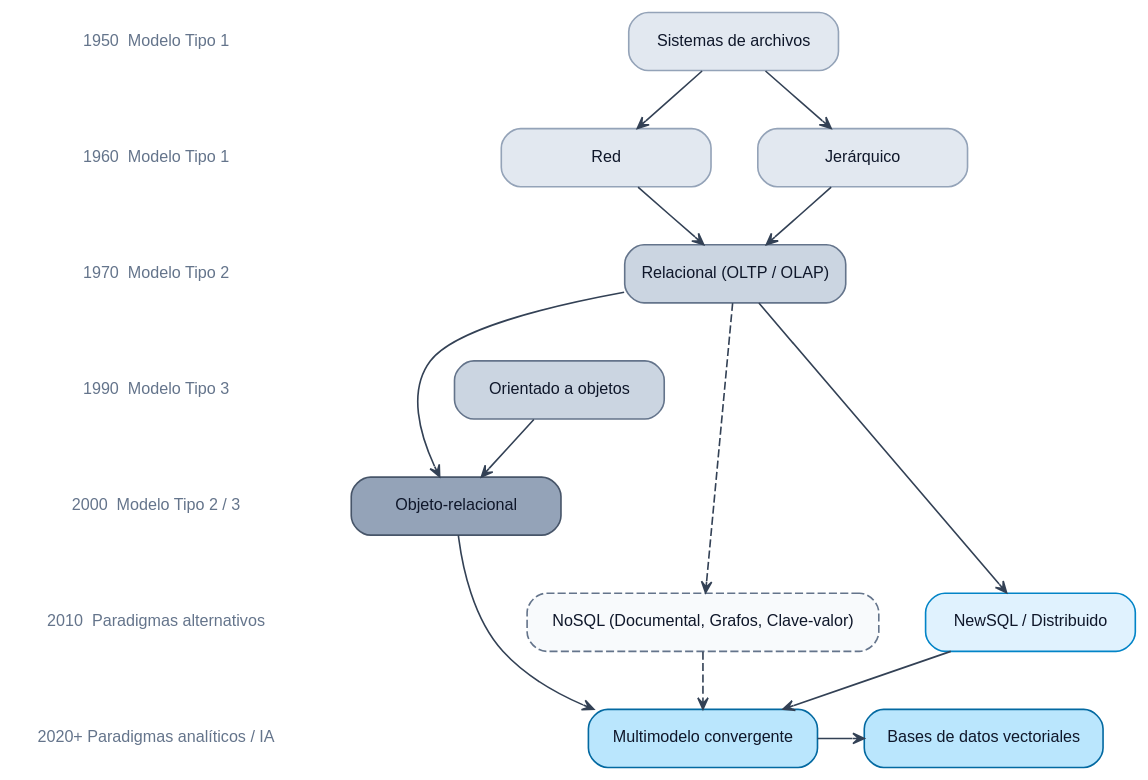
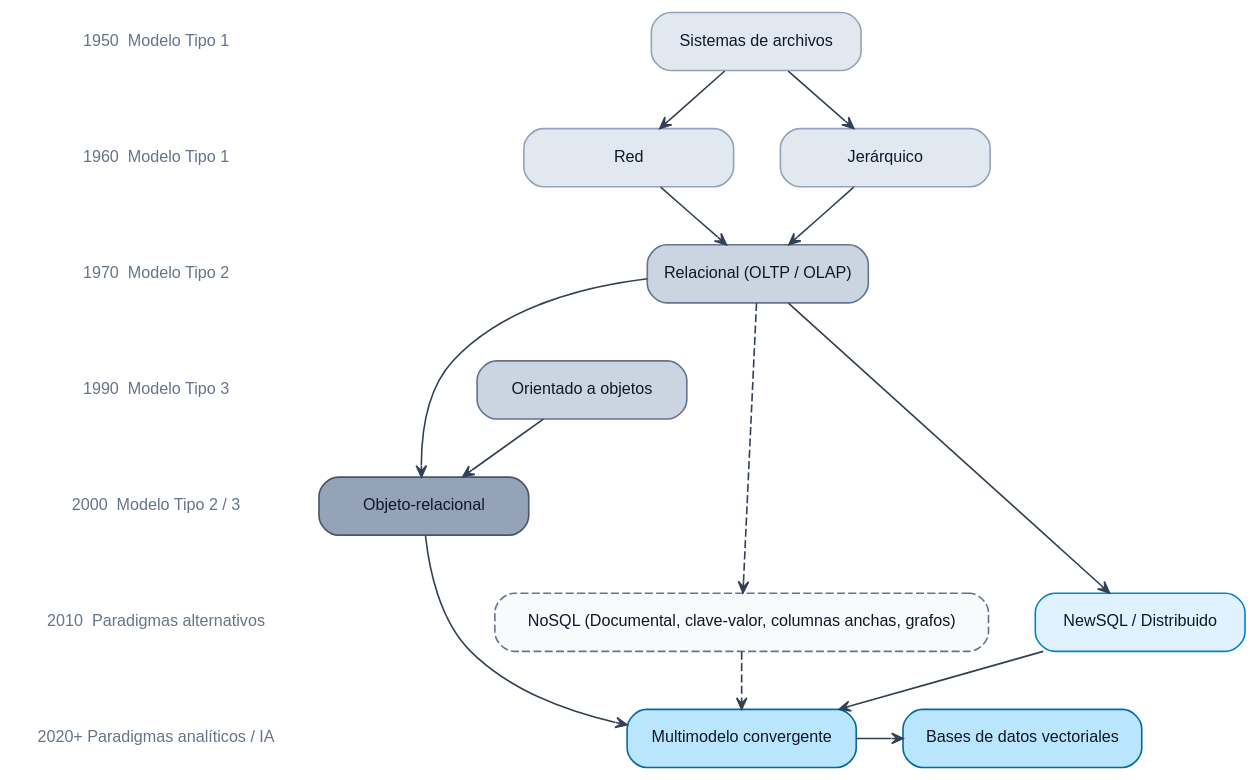
One commit to Danesvv/BDE-nestor changed the third of 7 diagrams in chapters/20-arquitectura_y_estandares_ogc.qmd. Above: the diagram before and after it, drawn with Graphviz. The commit also changed other lines of this file and 85 other files, not shown here.

````diff
--- a/chapters/20-arquitectura_y_estandares_ogc.qmd
+++ b/chapters/20-arquitectura_y_estandares_ogc.qmd
@@ -456,7 +555,7 @@
 
     // Década 2010
     node [fillcolor="#f8fafc", color="#64748b", style="dashed,rounded,filled"];
-    NoSQL [label="NoSQL (Documental, Grafos, Clave-valor)"];
+    NoSQL [label="NoSQL (Documental, clave-valor, columnas anchas, grafos)"];
     node [style="filled,rounded", fillcolor="#e0f2fe", color="#0284c7"];
     NewSQL [label="NewSQL / Distribuido"];
 
@@ -489,4 +588,5 @@
     Multi -> Vec;
 }
 
+
 ```
````
